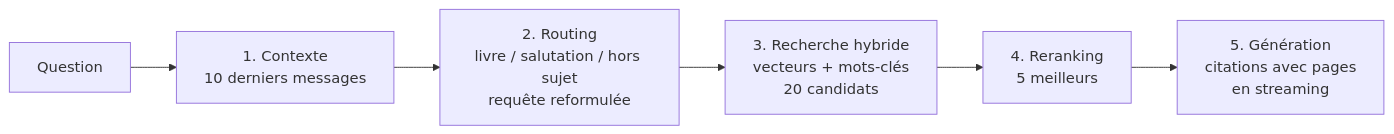
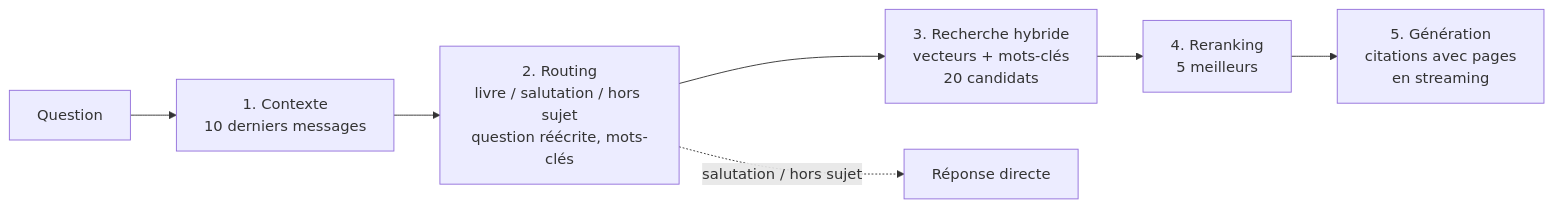
Before and after one commit to noenoenoenoenoe/m2-n8n: the second of 2 diagrams in README.md, drawn with Mermaid. The commit also changed other lines of this file, not shown here.

````diff
--- a/README.md
+++ b/README.md
@@ -40,8 +56,9 @@
 ```mermaid
 flowchart LR
     Q[Question] --> C1[1. Contexte<br/>10 derniers messages]
-    C1 --> R[2. Routing<br/>livre / salutation / hors sujet<br/>requête reformulée]
+    C1 --> R[2. Routing<br/>livre / salutation / hors sujet<br/>question réécrite, mots-clés]
     R --> H[3. Recherche hybride<br/>vecteurs + mots-clés<br/>20 candidats]
     H --> K[4. Reranking<br/>5 meilleurs]
     K --> G[5. Génération<br/>citations avec pages<br/>en streaming]
+    R -. salutation / hors sujet .-> D[Réponse directe]
 ```
````
